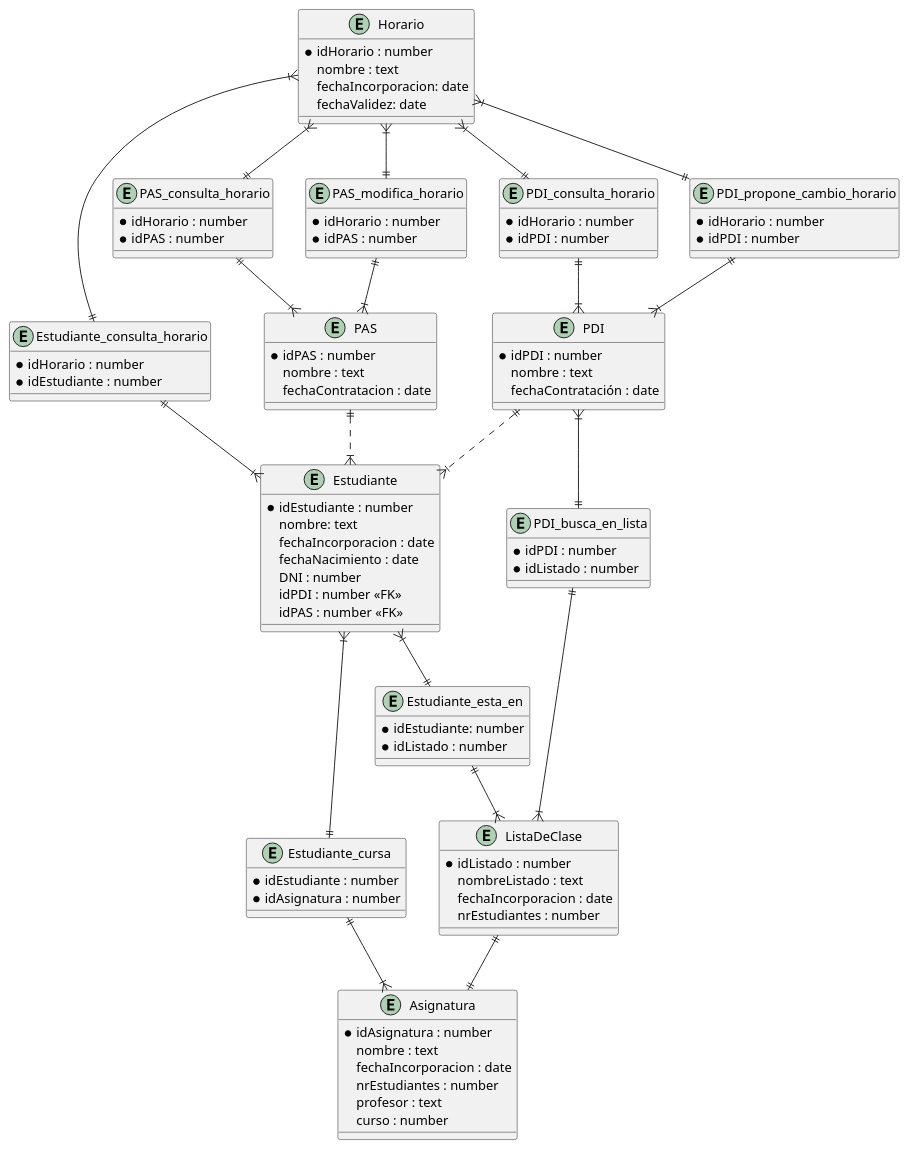
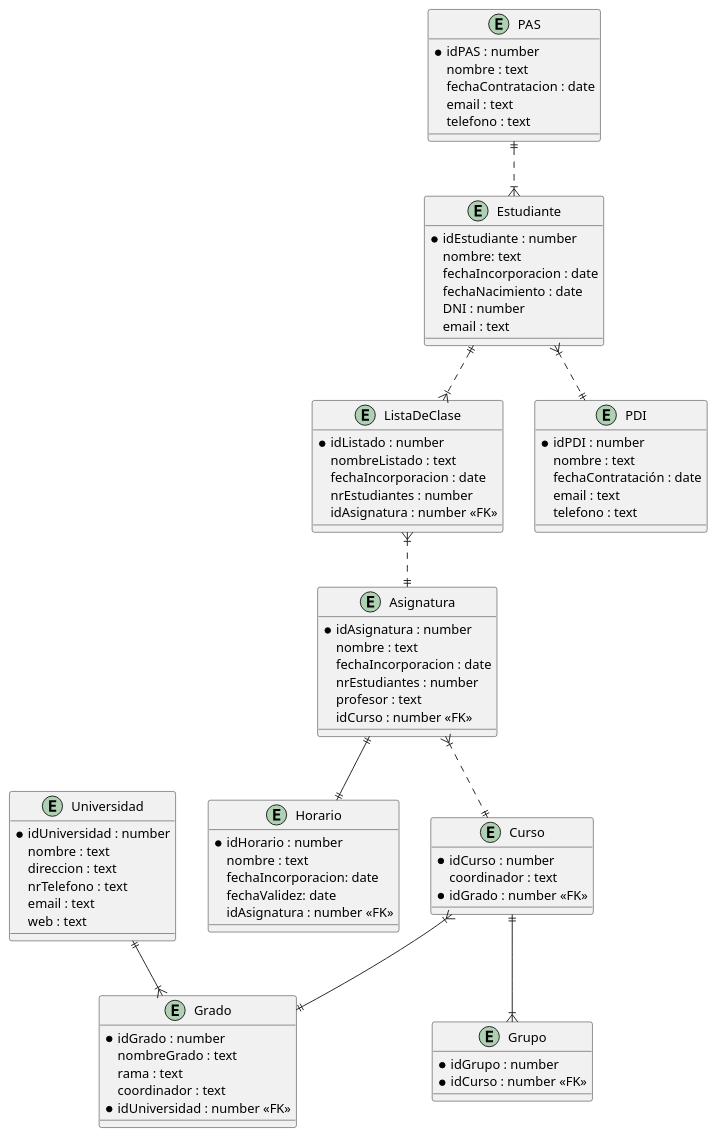
One commit to it557/INRE-UAL-BLANCO-2022 changed the diagram in lab1/src/supuesto1E-R.puml. Above: the diagram before and after it, drawn with PlantUML. The commit also changed 3 other files, not shown here.

Commit message:
Correcciones del diagrama ER del supuesto 1 (lab1)

```diff
--- a/lab1/src/supuesto1E-R.puml
+++ b/lab1/src/supuesto1E-R.puml
@@ -1,125 +1,114 @@
 @startuml supuesto1E-R
 
 entity "Horario" as Horario{
     * idHorario : number
     nombre : text
     fechaIncorporacion: date
     fechaValidez: date
+    idAsignatura : number <<FK>>
 }
 
 entity "Estudiante" as Estudiante{
     * idEstudiante : number
     nombre: text
     fechaIncorporacion : date
     fechaNacimiento : date
     DNI : number
-    idPDI : number <<FK>>
-    idPAS : number <<FK>>
+    email : text
 }
 
 entity "ListaDeClase" as ListaDeClase{
     * idListado : number
     nombreListado : text
     fechaIncorporacion : date
     nrEstudiantes : number
+    idAsignatura : number <<FK>>
 }
 
 entity "Asignatura" as Asignatura{
     * idAsignatura : number
     nombre : text
     fechaIncorporacion : date
     nrEstudiantes : number
     profesor : text
-    curso : number
+    idCurso : number <<FK>>
 }
 
 entity "PDI" as PDI{
     * idPDI : number
     nombre : text
     fechaContratación : date
+    email : text
+    telefono : text
 }
 
 entity "PAS" as PAS{
     * idPAS : number
     nombre : text
     fechaContratacion : date
+    email : text
+    telefono : text
 }
 
-entity "Estudiante_consulta_horario" as ECH{
-    * idHorario : number
-    * idEstudiante : number
+entity "Curso" as Curso{
+    * idCurso : number
+    coordinador : text
+    * idGrado : number <<FK>>
 }
-Horario }|--|| ECH
-ECH ||--|{ Estudiante
 
-entity "PAS_consulta_horario" as PCH{
-    * idHorario : number
-    * idPAS : number
+entity "Grupo" as Grupo{
+    * idGrupo : number
+    * idCurso : number <<FK>>
 }
-Horario }|--|| PCH
-PCH ||--|{ PAS
 
-entity "PDI_consulta_horario" as PDICH{
-    * idHorario : number
-    * idPDI : number
+entity "Grado" as Grado{
+    * idGrado : number
+    nombreGrado : text
+    rama : text
+    coordinador : text
+    * idUniversidad : number <<FK>>
 }
-Horario }|--|| PDICH
-PDICH ||--|{ PDI
 
-entity "PAS_modifica_horario" as PASmodH{
-    * idHorario : number
-    * idPAS : number
+entity "Universidad" as Universidad{
+    * idUniversidad : number
+    nombre : text
+    direccion : text
+    nrTelefono : text
+    email : text
+    web : text
 }
-Horario }|--|| PASmodH
-PASmodH ||--|{ PAS
 
-entity "PDI_propone_cambio_horario" as PDIprop{
-    * idHorario : number
-    * idPDI : number
-}
-Horario }|--|| PDIprop
-PDIprop ||--|{ PDI
+PAS ||..|{ Estudiante
+Estudiante }|..|| PDI
 
-entity "Estudiante_esta_en" as EEE{
-    * idEstudiante: number
-    * idListado : number
-}
-Estudiante }|--|| EEE
-EEE ||--|{ ListaDeClase
+Estudiante ||..|{ ListaDeClase
+ListaDeClase }|..|| Asignatura
 
-entity "Estudiante_cursa" as EC{
-    * idEstudiante : number
-    * idAsignatura : number
-}
-Estudiante }|--|| EC
-EC ||--|{ Asignatura
+Asignatura }|..|| Curso
 
-ListaDeClase ||--|| Asignatura
+Curso }|--|| Grado
 
-PDI ||..|{ Estudiante
-PAS ||..|{ Estudiante
+Universidad ||--|{ Grado
 
-entity "PDI_busca_en_lista" as pbl{
-    * idPDI : number
-    * idListado : number
-}
-PDI }|--|| pbl
-pbl ||--|{ ListaDeClase
+Curso ||--|{ Grupo
+
+Asignatura ||--|| Horario
+
 
 
 
 
 
 
 
 
 
 
 
 
 
 
 
 
 
 @enduml
```
